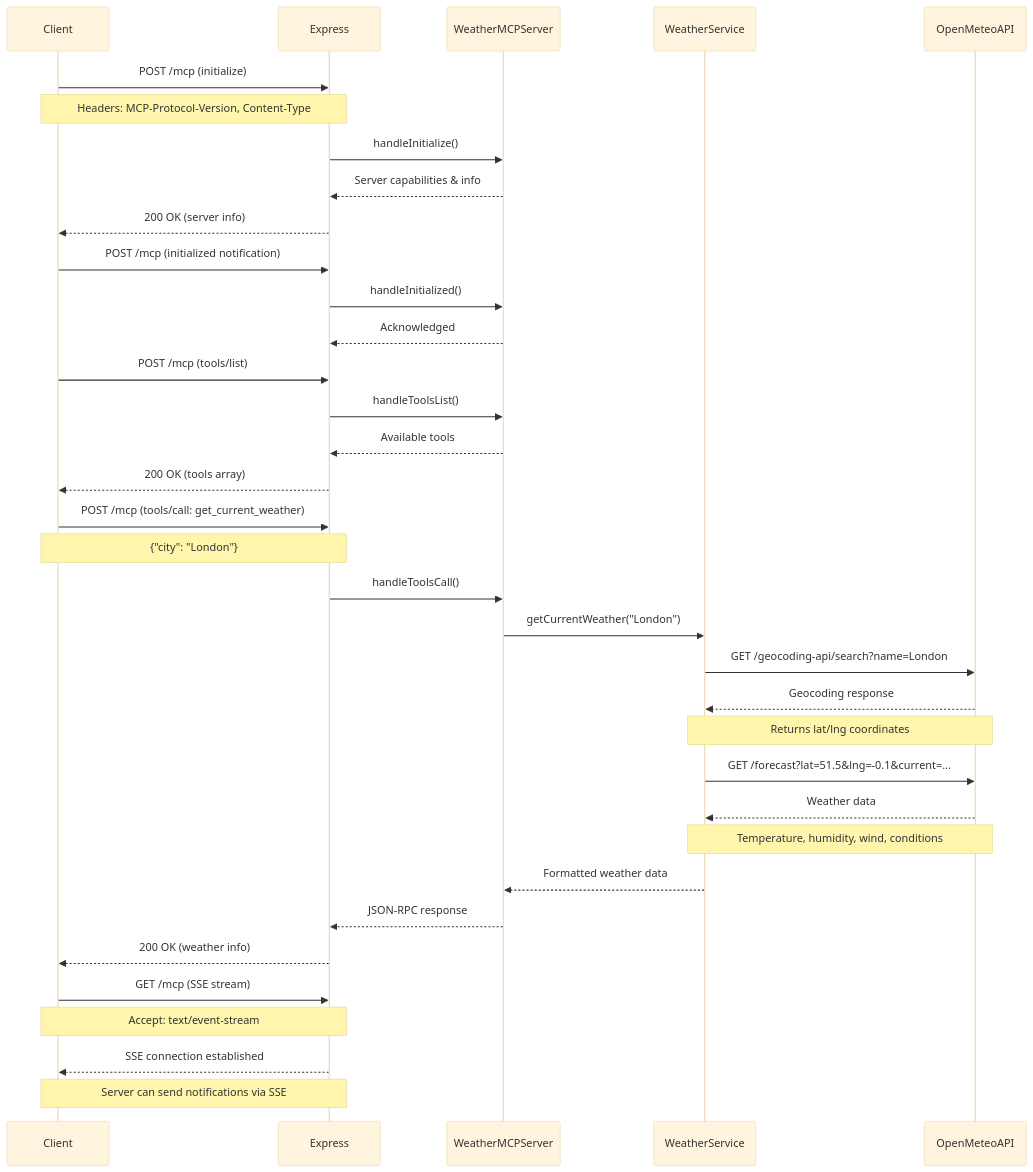
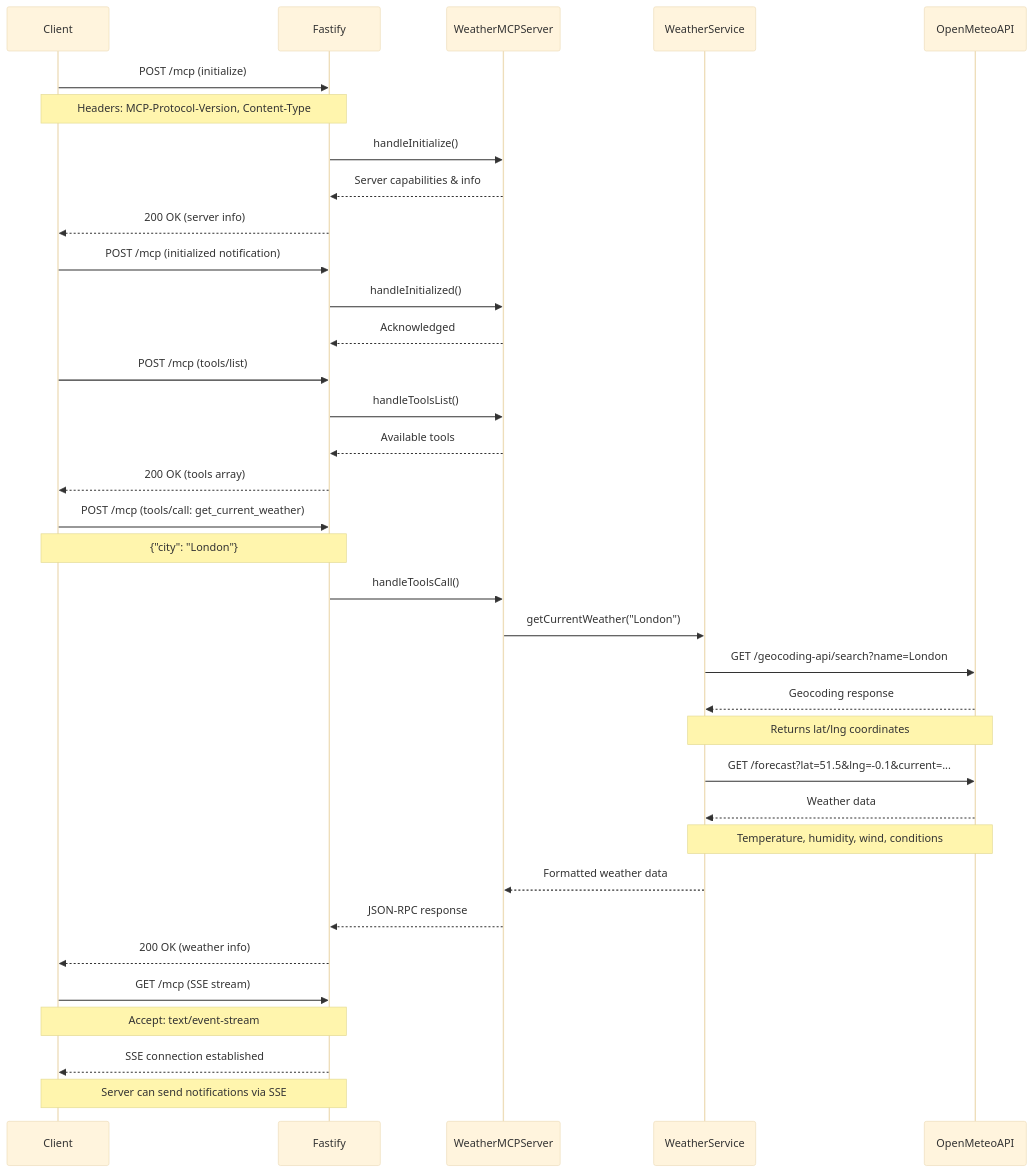
Before and after one commit to kumaran-is/mcp-weather-server: the first of 3 diagrams in README.md, drawn with Mermaid (base theme). The commit also changed other lines of this file and 45 other files, not shown here.

````diff
--- a/README.md
+++ b/README.md
@@ -100,51 +118,51 @@
 ```mermaid
 sequenceDiagram
     participant Client
-    participant Express
+    participant Fastify
     participant WeatherMCPServer
     participant WeatherService
     participant OpenMeteoAPI
 
     %% Initialization Phase
-    Client->>Express: POST /mcp (initialize)
-    Note over Client,Express: Headers: MCP-Protocol-Version, Content-Type
-    Express->>WeatherMCPServer: handleInitialize()
-    WeatherMCPServer-->>Express: Server capabilities & info
-    Express-->>Client: 200 OK (server info)
+    Client->>Fastify: POST /mcp (initialize)
+    Note over Client,Fastify: Headers: MCP-Protocol-Version, Content-Type
+    Fastify->>WeatherMCPServer: handleInitialize()
+    WeatherMCPServer-->>Fastify: Server capabilities & info
+    Fastify-->>Client: 200 OK (server info)
 
-    Client->>Express: POST /mcp (initialized notification)
-    Express->>WeatherMCPServer: handleInitialized()
-    WeatherMCPServer-->>Express: Acknowledged
+    Client->>Fastify: POST /mcp (initialized notification)
+    Fastify->>WeatherMCPServer: handleInitialized()
+    WeatherMCPServer-->>Fastify: Acknowledged
 
     %% Tool Operations
-    Client->>Express: POST /mcp (tools/list)
-    Express->>WeatherMCPServer: handleToolsList()
-    WeatherMCPServer-->>Express: Available tools
-    Express-->>Client: 200 OK (tools array)
+    Client->>Fastify: POST /mcp (tools/list)
+    Fastify->>WeatherMCPServer: handleToolsList()
+    WeatherMCPServer-->>Fastify: Available tools
+    Fastify-->>Client: 200 OK (tools array)
 
     %% Weather Request Flow
-    Client->>Express: POST /mcp (tools/call: get_current_weather)
-    Note over Client,Express: {"city": "London"}
-    Express->>WeatherMCPServer: handleToolsCall()
+    Client->>Fastify: POST /mcp (tools/call: get_current_weather)
+    Note over Client,Fastify: {"city": "London"}
+    Fastify->>WeatherMCPServer: handleToolsCall()
     WeatherMCPServer->>WeatherService: getCurrentWeather("London")
 
     %% Geocoding Phase
     WeatherService->>OpenMeteoAPI: GET /geocoding-api/search?name=London
     OpenMeteoAPI-->>WeatherService: Geocoding response
     Note over WeatherService,OpenMeteoAPI: Returns lat/lng coordinates
 
     %% Weather Data Fetch
     WeatherService->>OpenMeteoAPI: GET /forecast?lat=51.5&lng=-0.1&current=...
     OpenMeteoAPI-->>WeatherService: Weather data
     Note over WeatherService,OpenMeteoAPI: Temperature, humidity, wind, conditions
 
     WeatherService-->>WeatherMCPServer: Formatted weather data
-    WeatherMCPServer-->>Express: JSON-RPC response
-    Express-->>Client: 200 OK (weather info)
+    WeatherMCPServer-->>Fastify: JSON-RPC response
+    Fastify-->>Client: 200 OK (weather info)
 
     %% SSE Stream (for notifications)
-    Client->>Express: GET /mcp (SSE stream)
-    Note over Client,Express: Accept: text/event-stream
-    Express-->>Client: SSE connection established
-    Note over Express,Client: Server can send notifications via SSE
+    Client->>Fastify: GET /mcp (SSE stream)
+    Note over Client,Fastify: Accept: text/event-stream
+    Fastify-->>Client: SSE connection established
+    Note over Fastify,Client: Server can send notifications via SSE
 ```
````
